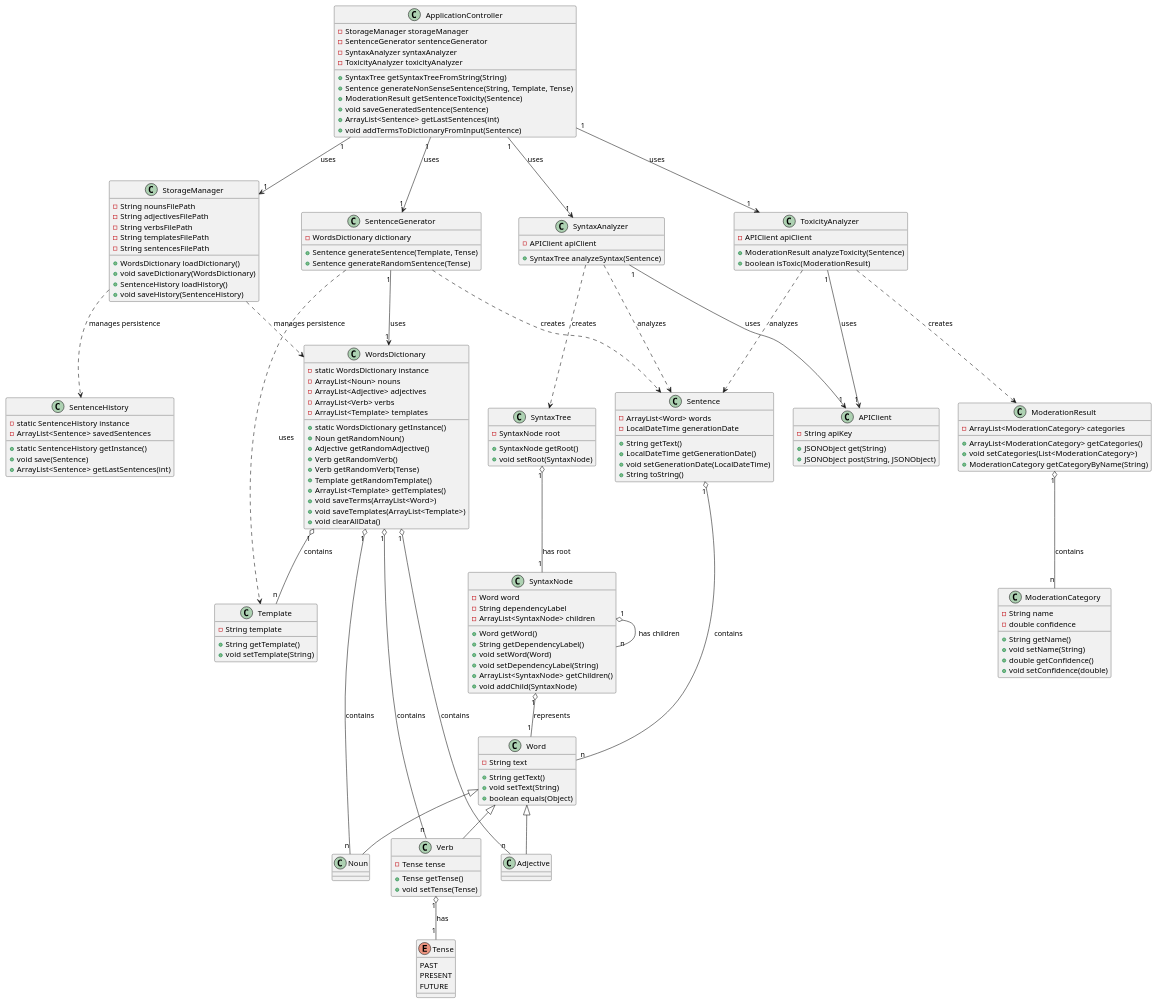
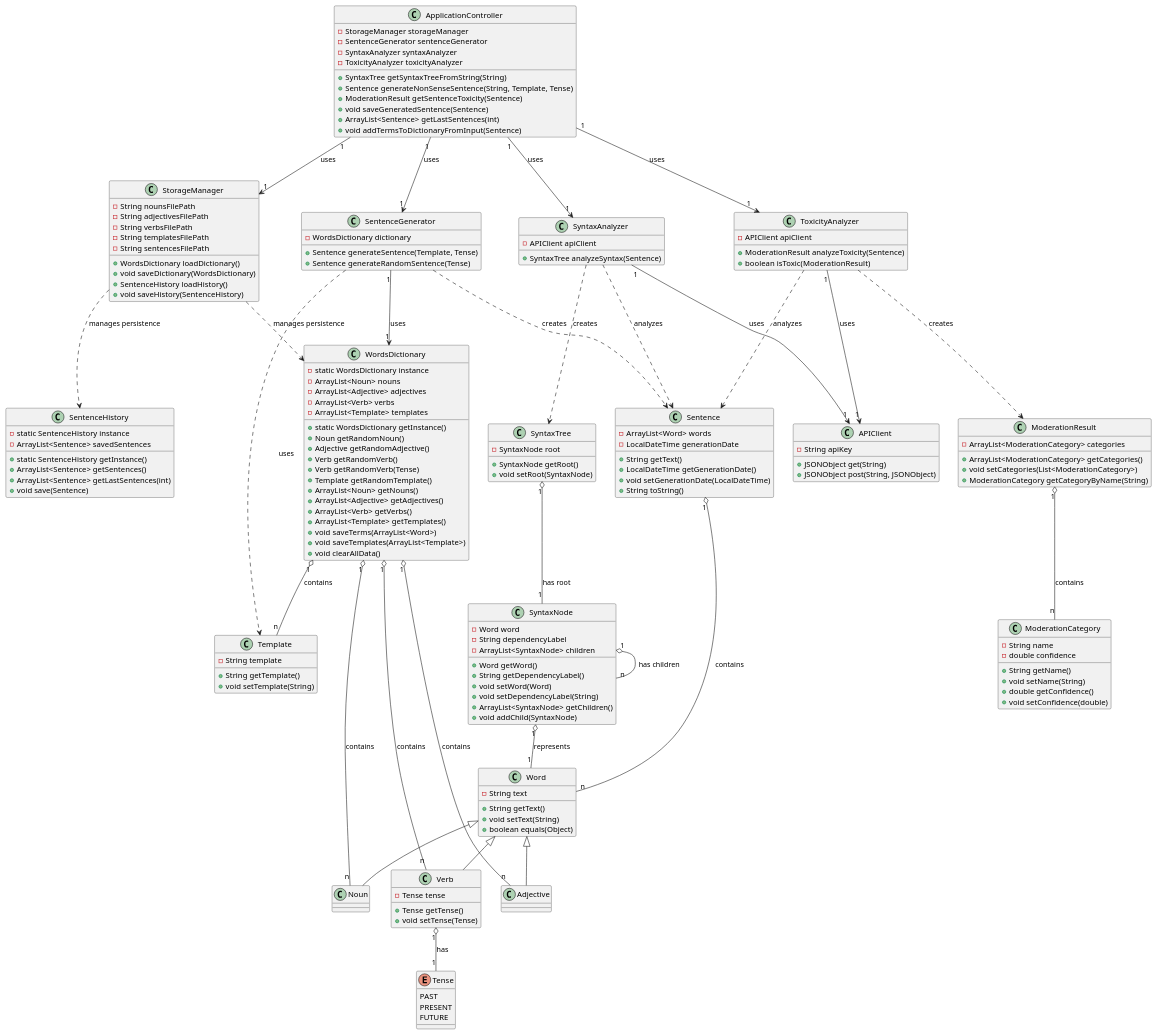
One commit to liamtoaldo/NonSenseGenerator changed the diagram in docs/diagrams/classmodel.plantuml. Above: the diagram before and after it, drawn with PlantUML. The commit also changed 7 other files, not shown here.

```diff
--- a/docs/diagrams/classmodel.plantuml
+++ b/docs/diagrams/classmodel.plantuml
@@ -1,190 +1,195 @@
 @startuml
 
 class Sentence {
     -ArrayList<Word> words
     -LocalDateTime generationDate
     +String getText()
     +LocalDateTime getGenerationDate()
     +void setGenerationDate(LocalDateTime)
     +String toString()
 }
 
 enum Tense {
     PAST
     PRESENT
     FUTURE
 }
 
 class Word {
     -String text
     +String getText()
     +void setText(String)
     +boolean equals(Object)
 }
 
 class Noun extends Word {
 }
 
 class Adjective extends Word {
 }
 
 class Verb extends Word {
     -Tense tense
     +Tense getTense()
     +void setTense(Tense)
 }
 
 class Template {
     -String template
     +String getTemplate()
     +void setTemplate(String)
 }
 
 ' WordsDictionary usa Design Pattern: Singleton
 class WordsDictionary {
     -static WordsDictionary instance
     -ArrayList<Noun> nouns
     -ArrayList<Adjective> adjectives
     -ArrayList<Verb> verbs
     -ArrayList<Template> templates
     +static WordsDictionary getInstance()
     +Noun getRandomNoun()
     +Adjective getRandomAdjective()
     +Verb getRandomVerb()
     +Verb getRandomVerb(Tense)
     +Template getRandomTemplate()
+    +ArrayList<Noun> getNouns()
+    +ArrayList<Adjective> getAdjectives()
+    +ArrayList<Verb> getVerbs()
     +ArrayList<Template> getTemplates()
     +void saveTerms(ArrayList<Word>)
     +void saveTemplates(ArrayList<Template>)
     +void clearAllData()
 }
 
 ' SentenceHistory usa Design Pattern: Singleton
 class SentenceHistory {
     -static SentenceHistory instance
     -ArrayList<Sentence> savedSentences
     +static SentenceHistory getInstance()
+    +ArrayList<Sentence> getSentences()
+    +ArrayList<Sentence> getLastSentences(int)
     +void save(Sentence)
-    +ArrayList<Sentence> getLastSentences(int)
+    
 }
 
 ' SentenceGenerator usa Design Pattern: Factory Method
 class SentenceGenerator {
     -WordsDictionary dictionary
     +Sentence generateSentence(Template, Tense)
     +Sentence generateRandomSentence(Tense)
 }
 
 ' StorageManager agisce come un Data Access Object (DAO) / Repository
 class StorageManager {
     -String nounsFilePath
     -String adjectivesFilePath
     -String verbsFilePath
     -String templatesFilePath
     -String sentencesFilePath
     +WordsDictionary loadDictionary()
     +void saveDictionary(WordsDictionary)
     +SentenceHistory loadHistory()
     +void saveHistory(SentenceHistory)
 }
 
 class APIClient {
     -String apiKey
     +JSONObject get(String)
     +JSONObject post(String, JSONObject)
 }
 
 ' SyntaxTree e SyntaxNode formano un pattern Composite
 class SyntaxTree {
     -SyntaxNode root
     +SyntaxNode getRoot()
     +void setRoot(SyntaxNode)
 }
 
 class SyntaxNode {
     -Word word
     -String dependencyLabel
     -ArrayList<SyntaxNode> children
     +Word getWord()
     +String getDependencyLabel()
     +void setWord(Word)
     +void setDependencyLabel(String)
     +ArrayList<SyntaxNode> getChildren()
     +void addChild(SyntaxNode)
 }
 
 class SyntaxAnalyzer {
     -APIClient apiClient
     +SyntaxTree analyzeSyntax(Sentence)
 }
 
 class ModerationCategory {
     -String name
     -double confidence
     +String getName()
     +void setName(String)
     +double getConfidence()
     +void setConfidence(double)
 }
 
 class ModerationResult {
     -ArrayList<ModerationCategory> categories
     +ArrayList<ModerationCategory> getCategories()
     +void setCategories(List<ModerationCategory>)
     +ModerationCategory getCategoryByName(String)
 }
 
 class ToxicityAnalyzer {
     -APIClient apiClient
     +ModerationResult analyzeToxicity(Sentence)
     +boolean isToxic(ModerationResult)
 }
 
 ' ApplicationController implementa il pattern Controller e il pattern Facade
 class ApplicationController {
     -StorageManager storageManager
     -SentenceGenerator sentenceGenerator
     -SyntaxAnalyzer syntaxAnalyzer
     -ToxicityAnalyzer toxicityAnalyzer
     +SyntaxTree getSyntaxTreeFromString(String)
     +Sentence generateNonSenseSentence(String, Template, Tense)
     +ModerationResult getSentenceToxicity(Sentence)
     +void saveGeneratedSentence(Sentence)
     +ArrayList<Sentence> getLastSentences(int)
     +void addTermsToDictionaryFromInput(Sentence)
 }
 
 Sentence "1" o-- "n" Word : contains 
 Verb "1" o-- "1" Tense : has 
 WordsDictionary "1" o-- "n" Noun : contains 
 WordsDictionary "1" o-- "n" Adjective : contains 
 WordsDictionary "1" o-- "n" Verb : contains 
 
 WordsDictionary "1" o-- "n" Template : contains 
 SentenceGenerator "1" --> "1" WordsDictionary : uses 
 SentenceGenerator ..> Template : uses 
 SentenceGenerator ..> Sentence : creates 
 
 SyntaxAnalyzer "1" --> "1" APIClient : uses
 SyntaxAnalyzer ..> Sentence : analyzes
 SyntaxAnalyzer ..> SyntaxTree : creates
 
 ToxicityAnalyzer "1" --> "1" APIClient : uses
 ToxicityAnalyzer ..> Sentence : analyzes
 ToxicityAnalyzer ..> ModerationResult : creates
 
 StorageManager ..> WordsDictionary : manages persistence
 StorageManager ..> SentenceHistory : manages persistence
 
 ModerationResult "1" o-- "n" ModerationCategory : contains
 
 SyntaxTree "1" o-- "1" SyntaxNode : has root
 SyntaxNode "1" o-- "1" Word : represents
 SyntaxNode "1" o-- "n" SyntaxNode : has children
 
 ApplicationController "1" --> "1" StorageManager : uses
 ApplicationController "1" --> "1" SentenceGenerator : uses
 ApplicationController "1" --> "1" SyntaxAnalyzer : uses
 ApplicationController "1" --> "1" ToxicityAnalyzer : uses
 
 @enduml
```
